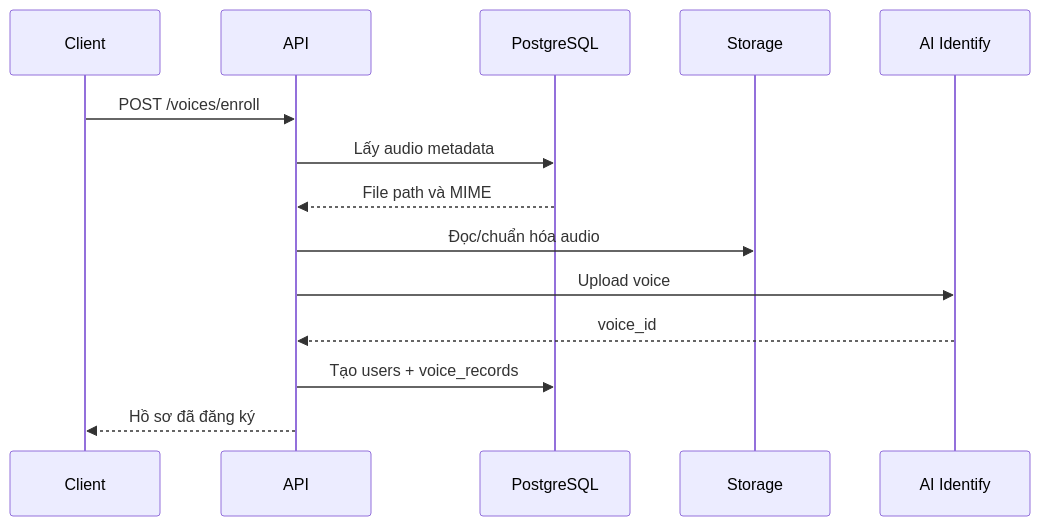
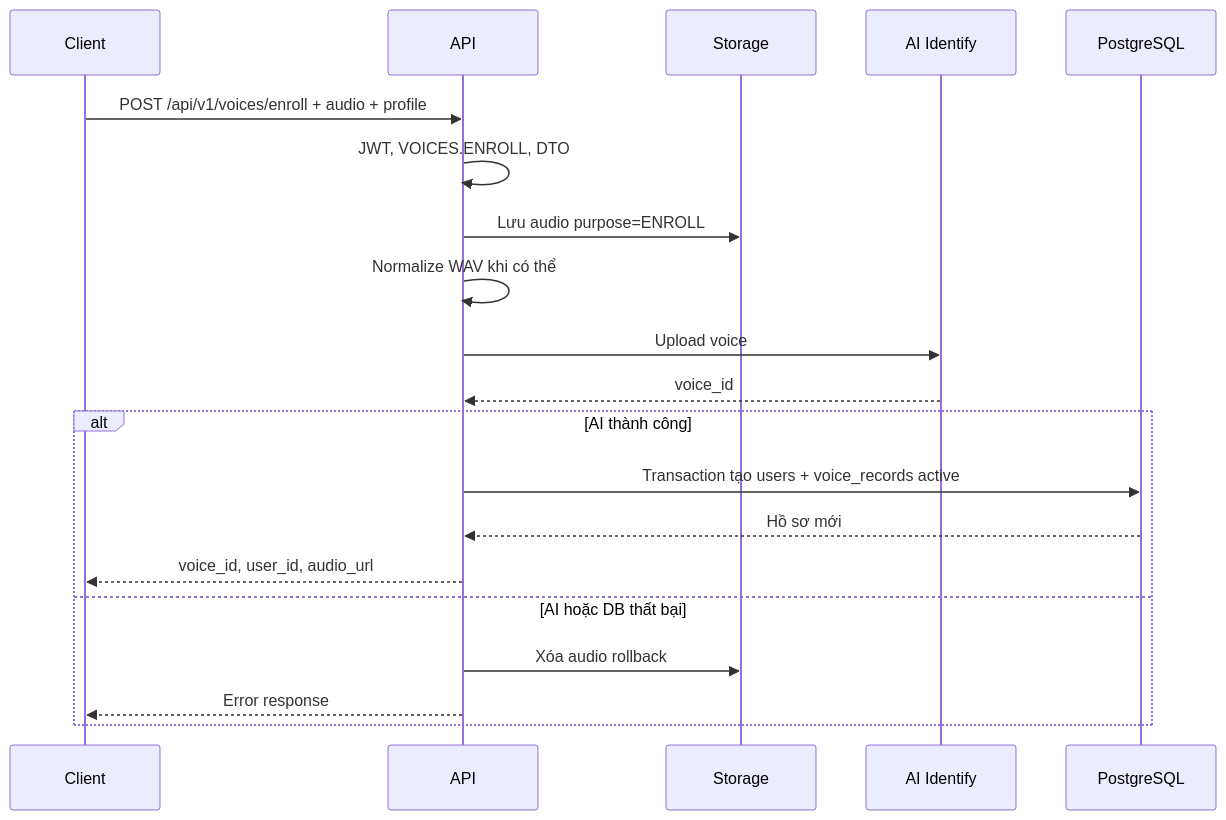
One commit to SSIT-joint-stock/identify-voice-base changed the seventh of 29 diagrams in docs/architecture/data-flow.md. Above: the diagram before and after it, drawn with Mermaid. The commit also changed other lines of this file and 1 other file, not shown here.

Commit message:
docs: enhance data flow documentation with detailed coverage matrix and pipeline overview

````diff
--- a/docs/architecture/data-flow.md
+++ b/docs/architecture/data-flow.md
@@ -65,17 +227,24 @@
 ```mermaid
 sequenceDiagram
     participant C as Client
     participant A as API
-    participant D as PostgreSQL
     participant S as Storage
     participant AI as AI Identify
+    participant D as PostgreSQL
 
-    C->>A: POST /voices/enroll
-    A->>D: Lấy audio metadata
-    D-->>A: File path và MIME
-    A->>S: Đọc/chuẩn hóa audio
+    C->>A: POST /api/v1/voices/enroll + audio + profile
+    A->>A: JWT, VOICES.ENROLL, DTO
+    A->>S: Lưu audio purpose=ENROLL
+    A->>A: Normalize WAV khi có thể
     A->>AI: Upload voice
     AI-->>A: voice_id
-    A->>D: Tạo users + voice_records
-    A-->>C: Hồ sơ đã đăng ký
+
+    alt AI thành công
+        A->>D: Transaction tạo users + voice_records active
+        D-->>A: Hồ sơ mới
+        A-->>C: voice_id, user_id, audio_url
+    else AI hoặc DB thất bại
+        A->>S: Xóa audio rollback
+        A-->>C: Error response
+    end
 ```
````
